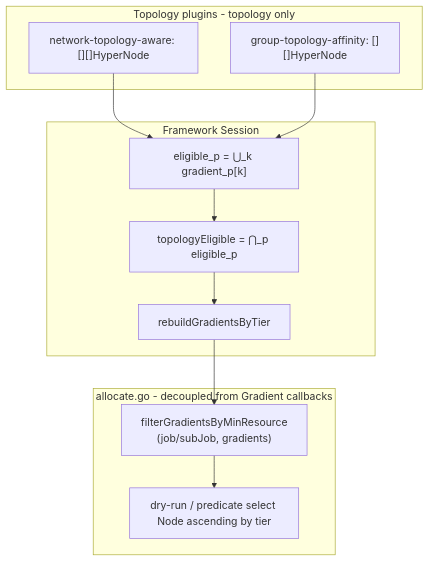
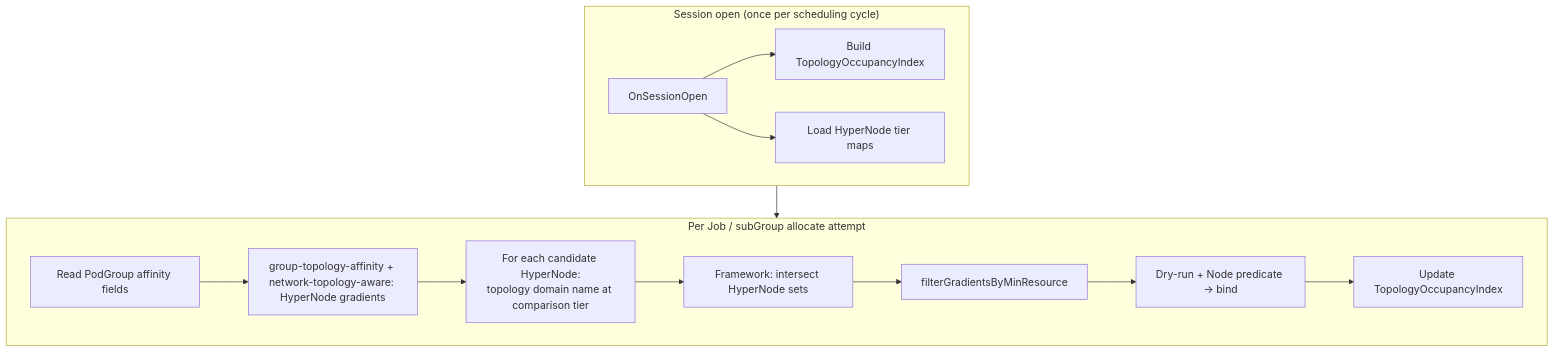
The third of 8 diagrams in docs/design/group-topology-affinity.md (volcano-sh/volcano), drawn with Mermaid before and after one commit. The commit also changed other lines of this file and 1 other file, not shown here.

First line of the commit message:
docs: refine group-topology-affinity design for formal review

````diff
--- a/docs/design/group-topology-affinity.md
+++ b/docs/design/group-topology-affinity.md
@@ -1590,23 +676,21 @@
 ```mermaid
 flowchart TB
-    subgraph plugins [Topology plugins - topology only]
-        network_topology_aware_plugin["network-topology-aware: [][]HyperNode"]
-        group_topology_affinity_plugin["group-topology-affinity: [][]HyperNode"]
-    end
-    subgraph framework_session [Framework Session]
-        union_per_plugin["eligible_p = ⋃_k gradient_p[k]"]
-        intersect_plugins["topologyEligible = ⋂_p eligible_p"]
-        rebuild_by_tier["rebuildGradientsByTier"]
-    end
-    subgraph allocate_action [allocate.go - decoupled from Gradient callbacks]
-        resource_filter["filterGradientsByMinResource\n(job/subJob, gradients)"]
-        dry_run_bind["dry-run / predicate select Node ascending by tier"]
+    subgraph session["Session open (once per scheduling cycle)"]
+        SO[OnSessionOpen]
+        SO --> IDX[Build TopologyOccupancyIndex]
+        SO --> TIER[Load HyperNode tier maps]
     end
 
-    network_topology_aware_plugin --> union_per_plugin
-    group_topology_affinity_plugin --> union_per_plugin
-    union_per_plugin --> intersect_plugins
-    intersect_plugins --> rebuild_by_tier
-    rebuild_by_tier --> resource_filter
-    resource_filter --> dry_run_bind
+    subgraph allocate["Per Job / subGroup allocate attempt"]
+        A1[Read PodGroup affinity fields]
+        A2[group-topology-affinity + network-topology-aware: HyperNode gradients]
+        DT["For each candidate HyperNode:<br/>topology domain name at comparison tier"]
+        A4[Framework: intersect HyperNode sets]
+        A5[filterGradientsByMinResource]
+        A6[Dry-run + Node predicate → bind]
+        A7[Update TopologyOccupancyIndex]
+        A1 --> A2 --> DT --> A4 --> A5 --> A6 --> A7
+    end
+
+    session --> allocate
 ```
````
